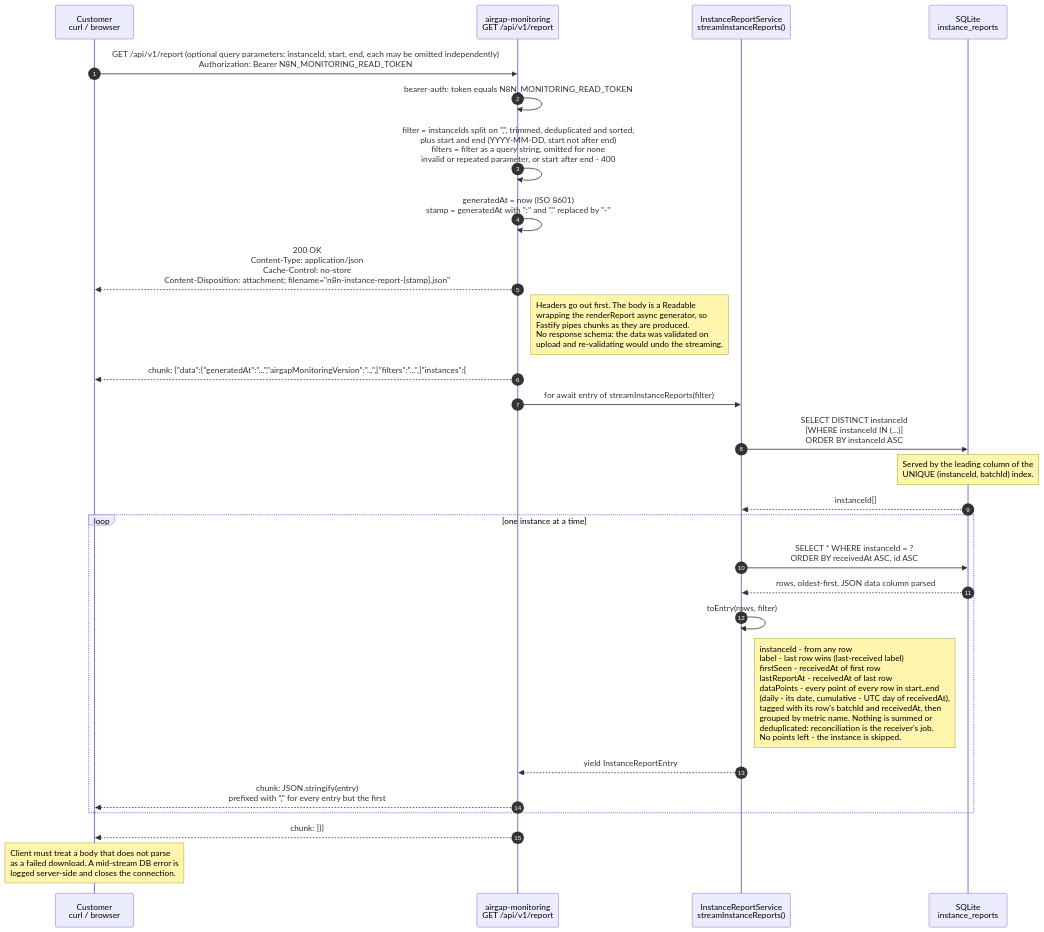
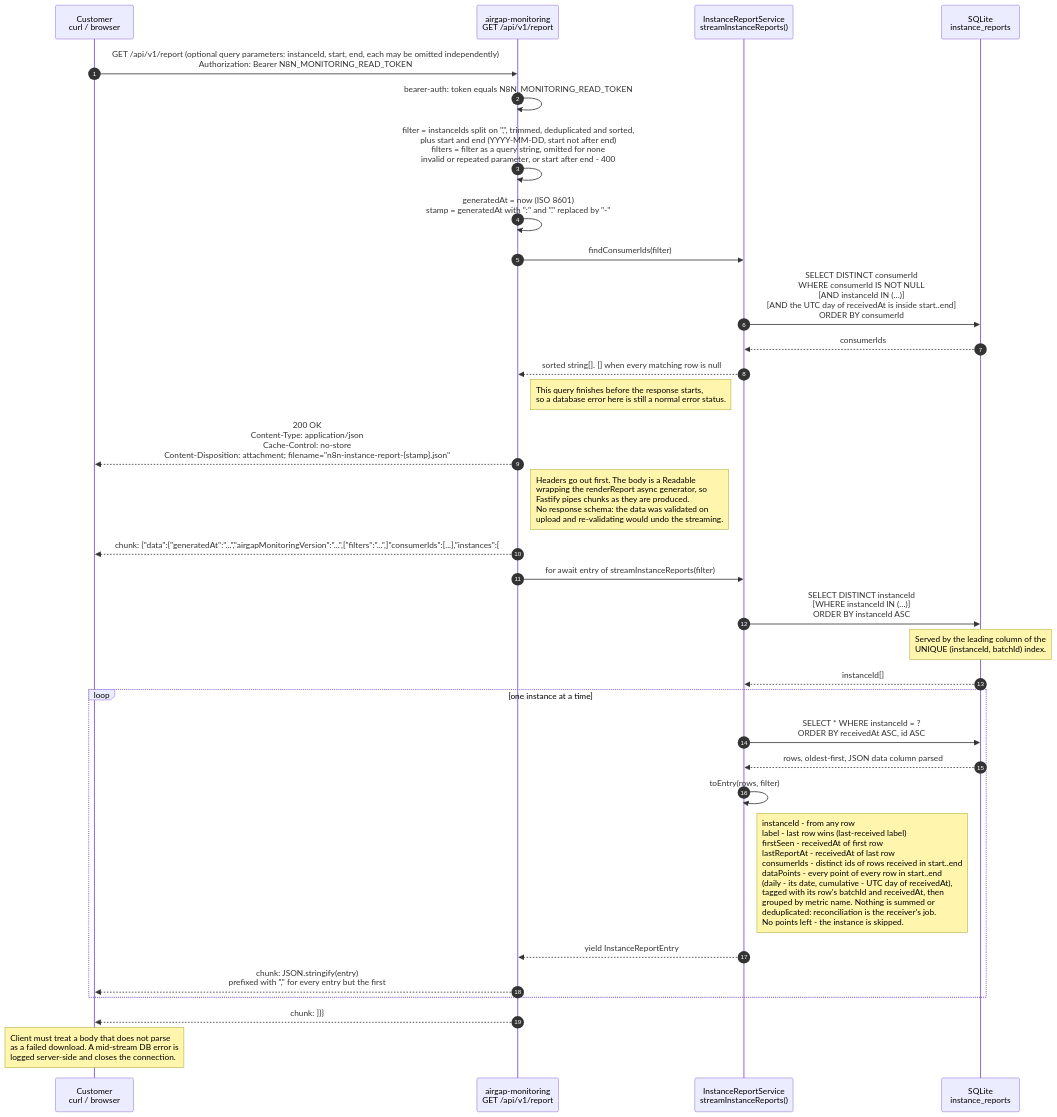
Before and after one commit to n8n-io/n8n-airgap-monitoring: the second of 2 diagrams in docs/DIAGRAMS.md, drawn with Mermaid. The commit also changed other lines of this file and 27 other files, not shown here.

First line of the commit message:
feat(api): Store the license consumerId on reports and in the download

````diff
--- a/docs/DIAGRAMS.md
+++ b/docs/DIAGRAMS.md
@@ -105,39 +107,45 @@
 ```mermaid
 ---
 config:
   sequence:
     noteAlign: left
 ---
 sequenceDiagram
     autonumber
     participant C as Customer<br/>curl / browser
     participant API as airgap-monitoring<br/>GET /api/v1/report
     participant SVC as InstanceReportService<br/>streamInstanceReports()
     participant DB as SQLite<br/>instance_reports
 
     C->>API: GET /api/v1/report (optional query parameters: instanceId, start, end, each may be omitted independently)<br/>Authorization: Bearer N8N_MONITORING_READ_TOKEN
     API->>API: bearer-auth: token equals N8N_MONITORING_READ_TOKEN
     API->>API: filter = instanceIds split on ",", trimmed, deduplicated and sorted,<br/>plus start and end (YYYY-MM-DD, start not after end)<br/>filters = filter as a query string, omitted for none<br/>invalid or repeated parameter, or start after end - 400
     API->>API: generatedAt = now (ISO 8601)<br/>stamp = generatedAt with ":" and "." replaced by "-"
+    API->>SVC: findConsumerIds(filter)
+    SVC->>DB: SELECT DISTINCT consumerId<br/>WHERE consumerId IS NOT NULL<br/>[AND instanceId IN (…)]<br/>[AND the UTC day of receivedAt is inside start..end]<br/>ORDER BY consumerId
+    DB-->>SVC: consumerIds
+    SVC-->>API: sorted string[]. [] when every matching row is null
+    Note right of API: This query finishes before the response starts,<br/>so a database error here is still a normal error status.
+
     API-->>C: 200 OK<br/>Content-Type: application/json<br/>Cache-Control: no-store<br/>Content-Disposition: attachment#59; filename="n8n-instance-report-{stamp}.json"
     Note right of API: Headers go out first. The body is a Readable<br/>wrapping the renderReport async generator, so<br/>Fastify pipes chunks as they are produced.<br/>No response schema: the data was validated on<br/>upload and re-validating would undo the streaming.
 
-    API-->>C: chunk: {"data":{"generatedAt":"...","airgapMonitoringVersion":"...",["filters":"...",]"instances":[
+    API-->>C: chunk: {"data":{"generatedAt":"...","airgapMonitoringVersion":"...",["filters":"...",]"consumerIds":[...],"instances":[
 
     API->>SVC: for await entry of streamInstanceReports(filter)
     SVC->>DB: SELECT DISTINCT instanceId<br/>[WHERE instanceId IN (…)]<br/>ORDER BY instanceId ASC
     Note over DB: Served by the leading column of the<br/>UNIQUE (instanceId, batchId) index.
     DB-->>SVC: instanceId[]
 
     loop one instance at a time
         SVC->>DB: SELECT * WHERE instanceId = ?<br/>ORDER BY receivedAt ASC, id ASC
         DB-->>SVC: rows, oldest-first, JSON data column parsed
         SVC->>SVC: toEntry(rows, filter)
-        Note right of SVC: instanceId - from any row<br/>label - last row wins (last-received label)<br/>firstSeen - receivedAt of first row<br/>lastReportAt - receivedAt of last row<br/>dataPoints - every point of every row in start..end<br/>(daily - its date, cumulative - UTC day of receivedAt),<br/>tagged with its row's batchId and receivedAt, then<br/>grouped by metric name. Nothing is summed or<br/>deduplicated: reconciliation is the receiver's job.<br/>No points left - the instance is skipped.
+        Note right of SVC: instanceId - from any row<br/>label - last row wins (last-received label)<br/>firstSeen - receivedAt of first row<br/>lastReportAt - receivedAt of last row<br/>consumerIds - distinct ids of rows received in start..end<br/>dataPoints - every point of every row in start..end<br/>(daily - its date, cumulative - UTC day of receivedAt),<br/>tagged with its row's batchId and receivedAt, then<br/>grouped by metric name. Nothing is summed or<br/>deduplicated: reconciliation is the receiver's job.<br/>No points left - the instance is skipped.
         SVC-->>API: yield InstanceReportEntry
         API-->>C: chunk: JSON.stringify(entry)<br/>prefixed with "," for every entry but the first
     end
 
     API-->>C: chunk: ]}}
     Note over C: Client must treat a body that does not parse<br/>as a failed download. A mid-stream DB error is<br/>logged server-side and closes the connection.
 ```
````
